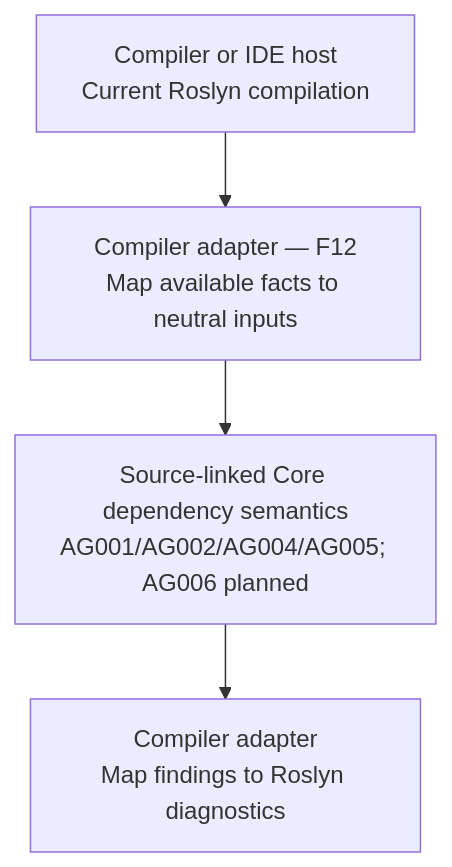
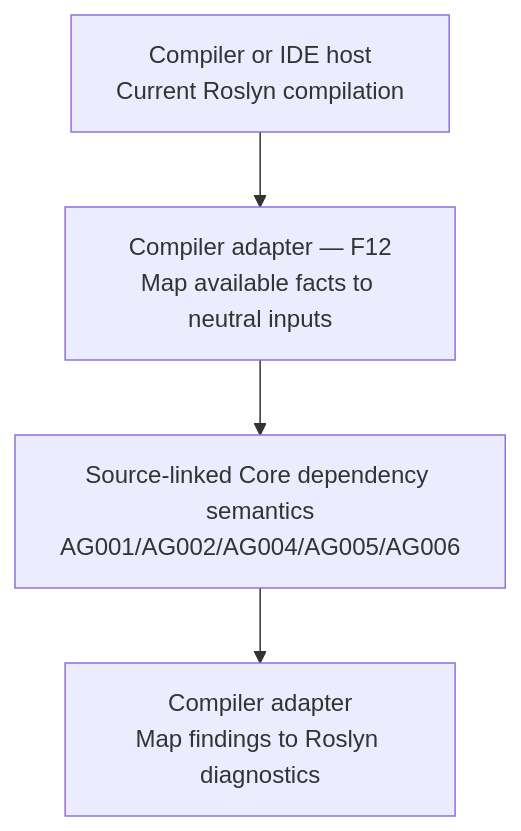
One commit to kbourzayq/arch-guard changed the third of 3 diagrams in docs/architecture/overview.md. Above: the diagram before and after it, drawn with Mermaid. The commit also changed other lines of this file and 29 other files, not shown here.

````diff
--- a/docs/architecture/overview.md
+++ b/docs/architecture/overview.md
@@ -187,11 +188,11 @@
 ```mermaid
 flowchart TD
     Host["Compiler or IDE host<br/>Current Roslyn compilation"]
     Adapter["Compiler adapter — F12<br/>Map available facts to neutral inputs"]
-    Rules["Source-linked Core dependency semantics<br/>AG001/AG002/AG004/AG005; AG006 planned"]
+    Rules["Source-linked Core dependency semantics<br/>AG001/AG002/AG004/AG005/AG006"]
     Diagnostics["Compiler adapter<br/>Map findings to Roslyn diagnostics"]
 
     Host --> Adapter
     Adapter --> Rules
     Rules --> Diagnostics
 ```
````
